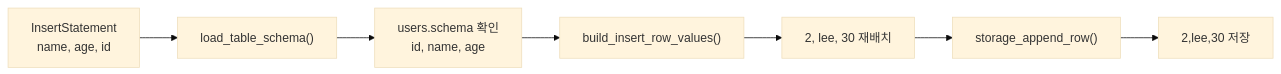
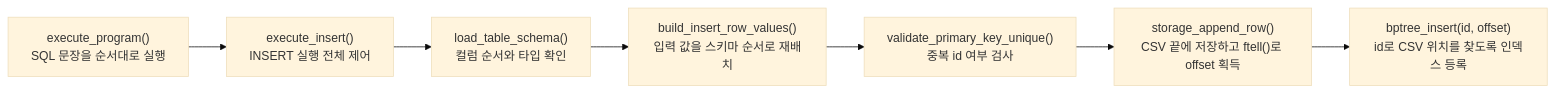
Before and after one commit to Jungle-12-303/week7-02-sql-index: the second of 3 diagrams in README.md, drawn with Mermaid (base theme). The commit also changed other lines of this file and 2 other files, not shown here.

````diff
--- a/README.md
+++ b/README.md
@@ -146,9 +52,9 @@
 ```mermaid
 flowchart LR
-    A["InsertStatement<br/>name, age, id"] --> B["load_table_schema()"]
-    B --> C["users.schema 확인<br/>id, name, age"]
-    C --> D["build_insert_row_values()"]
-    D --> E["2, lee, 30 재배치"]
-    E --> F["storage_append_row()"]
-    F --> G["2,lee,30 저장"]
+    A["execute_program()<br/>SQL 문장을 순서대로 실행"] --> B["execute_insert()<br/>INSERT 실행 전체 제어"]
+    B --> C["load_table_schema()<br/>컬럼 순서와 타입 확인"]
+    C --> D["build_insert_row_values()<br/>입력 값을 스키마 순서로 재배치"]
+    D --> E["validate_primary_key_unique()<br/>중복 id 여부 검사"]
+    E --> F["storage_append_row()<br/>CSV 끝에 저장하고 ftell()로 offset 획득"]
+    F --> G["bptree_insert(id, offset)<br/>id로 CSV 위치를 찾도록 인덱스 등록"]
 ```
````
